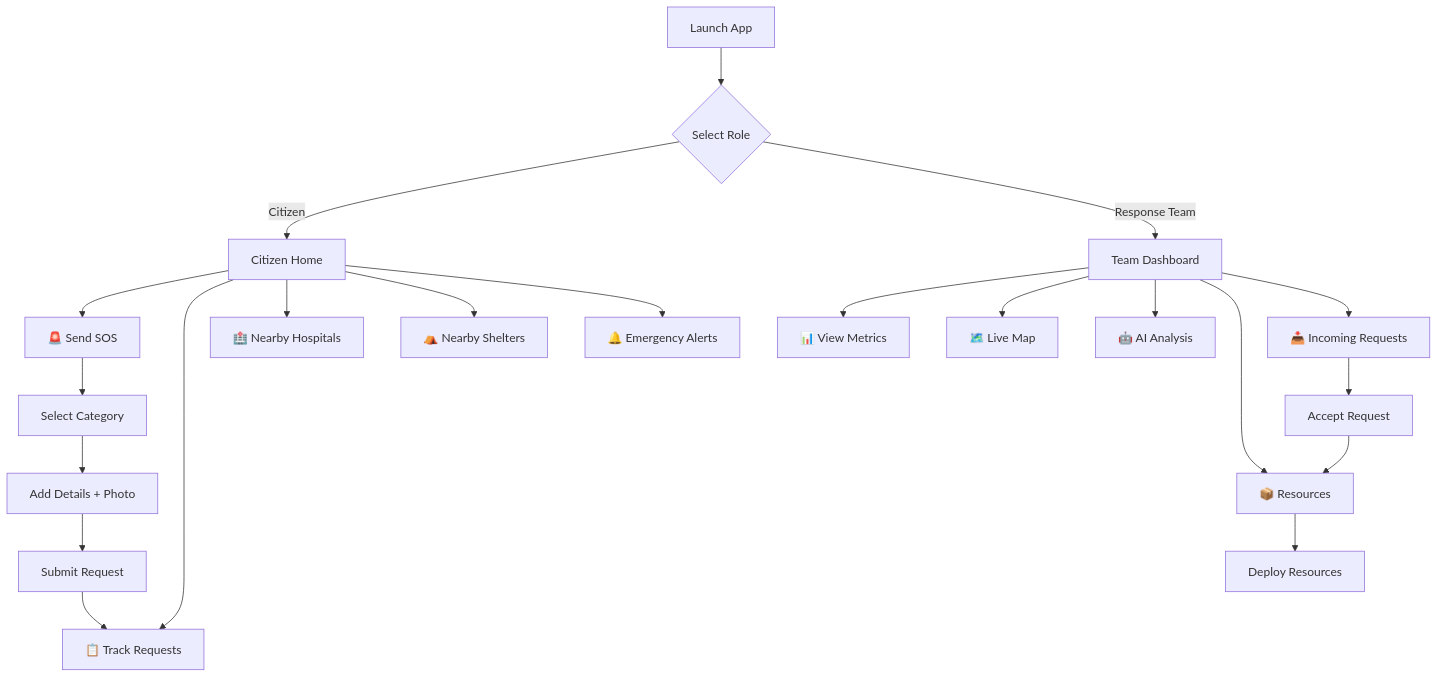
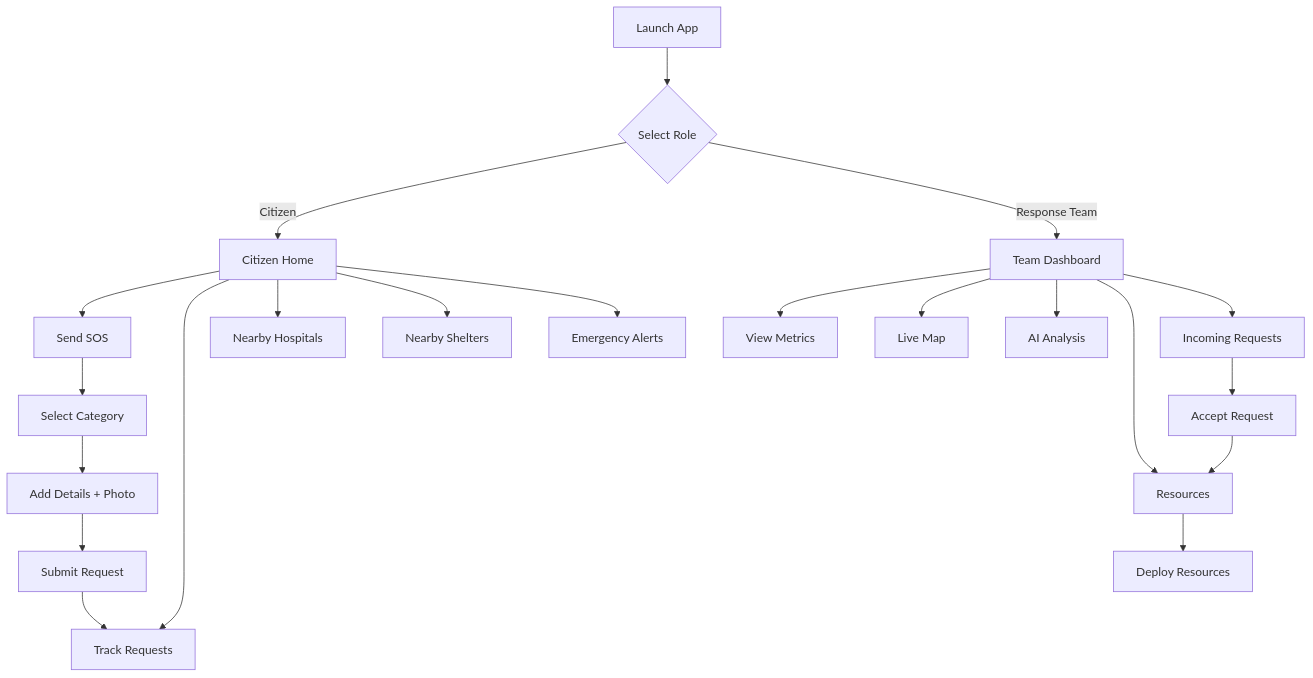
The diagram in README.md (Pragadeesh-79/DRIS), drawn with Mermaid before and after one commit. The commit also changed other lines of this file, not shown here.

````diff
--- a/README.md
+++ b/README.md
@@ -199,27 +198,27 @@
 ```mermaid
 graph TD
     A[Launch App] --> B{Select Role}
     B -->|Citizen| C[Citizen Home]
     B -->|Response Team| D[Team Dashboard]
     
-    C --> E[🚨 Send SOS]
-    C --> F[📋 Track Requests]
-    C --> G[🏥 Nearby Hospitals]
-    C --> H[⛺ Nearby Shelters]
-    C --> I[🔔 Emergency Alerts]
+    C --> E[Send SOS]
+    C --> F[Track Requests]
+    C --> G[Nearby Hospitals]
+    C --> H[Nearby Shelters]
+    C --> I[Emergency Alerts]
     
     E --> E1[Select Category]
     E1 --> E2[Add Details + Photo]
     E2 --> E3[Submit Request]
     E3 --> F
     
-    D --> J[📊 View Metrics]
-    D --> K[🗺️ Live Map]
-    D --> L[🤖 AI Analysis]
-    D --> M[📦 Resources]
-    D --> N[📥 Incoming Requests]
+    D --> J[View Metrics]
+    D --> K[Live Map]
+    D --> L[AI Analysis]
+    D --> M[Resources]
+    D --> N[Incoming Requests]
     
     N --> O[Accept Request]
     O --> M
     M --> P[Deploy Resources]
 ```
````
